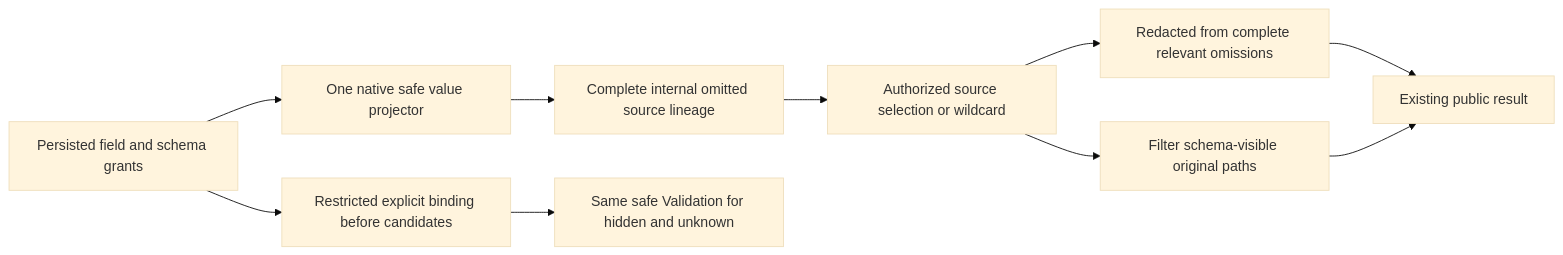
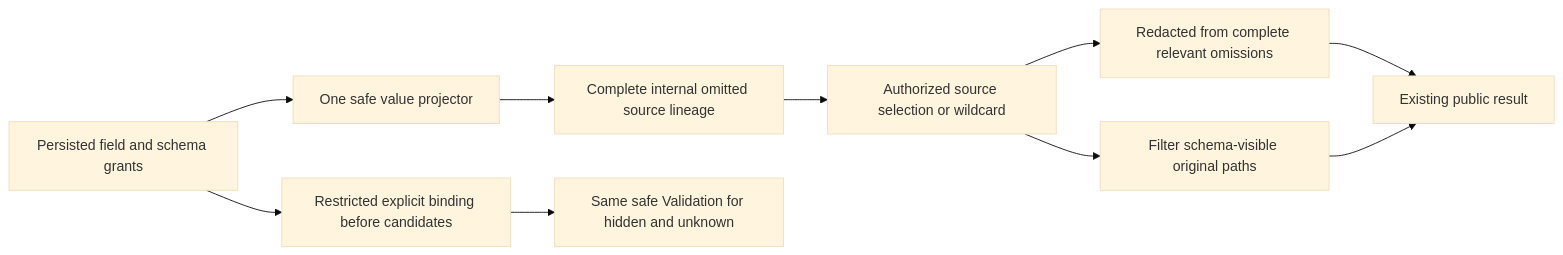
The diagram in docs/ADR/ADR-137-schema-visible-projection.md (managedcode/KeyLoad), drawn with Mermaid (base theme) before and after one commit. The commit also changed other lines of this file and 9016 other files, not shown here.

````diff
--- a/docs/ADR/ADR-137-schema-visible-projection.md
+++ b/docs/ADR/ADR-137-schema-visible-projection.md
@@ -31,12 +31,12 @@
 ```mermaid
 flowchart LR
- Policy[Persisted field and schema grants] --> Project[One native safe value projector]
+ Policy[Persisted field and schema grants] --> Project[One safe value projector]
  Project --> Complete[Complete internal omitted source lineage]
  Complete --> Select[Authorized source selection or wildcard]
  Select --> Flag[Redacted from complete relevant omissions]
  Select --> Visible[Filter schema-visible original paths]
  Flag --> Public[Existing public result]
  Visible --> Public
  Policy --> Bind[Restricted explicit binding before candidates]
  Bind --> Generic[Same safe Validation for hidden and unknown]
 ```
````
